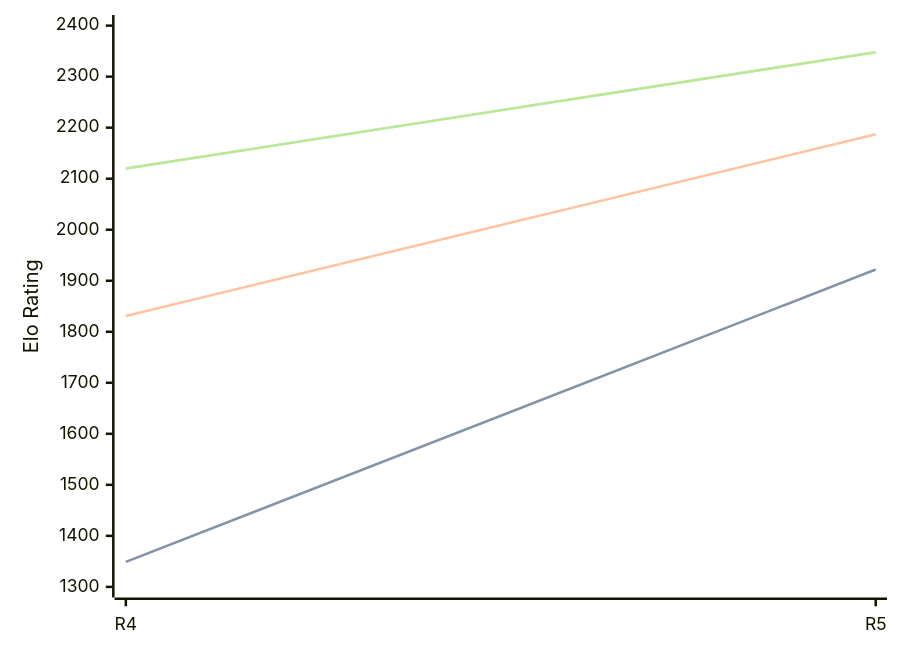
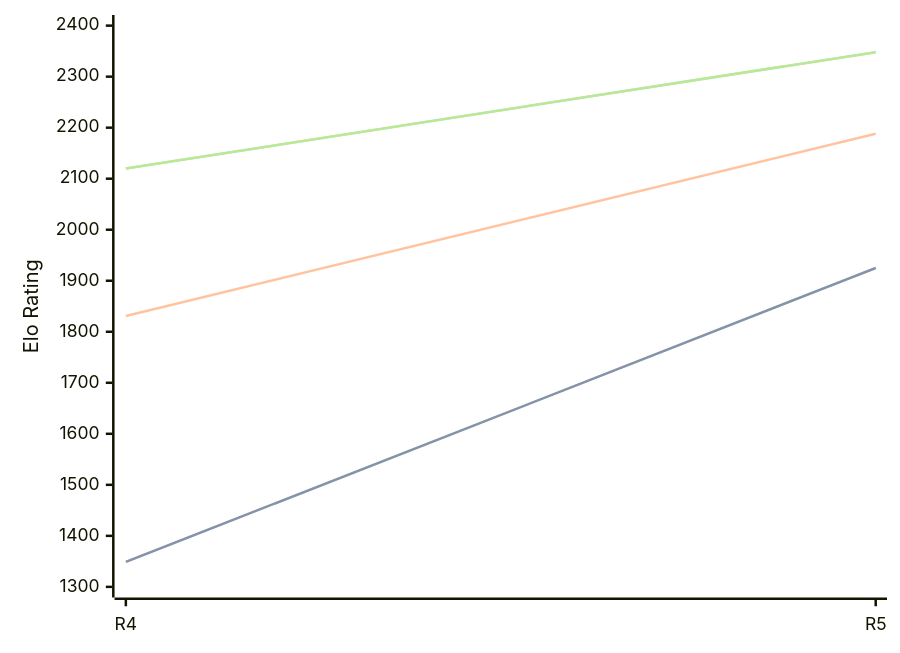
Before and after one commit to computer-chess-index/cci: the diagram in engines/Viking.md, drawn with Mermaid. The commit also changed other lines of this file, not shown here.

````diff
--- a/engines/Viking.md
+++ b/engines/Viking.md
@@ -35,11 +35,11 @@
 ```mermaid
 %%{init: {"theme":"base","themeVariables":{"seriesColors:['#a3a3a3','#222221','#faa371']}}}%%
 xychart-beta
   x-axis ["R4", "R5"]
   y-axis "Elo Rating" 1300 --> 2400
-  line "" [1349, 1922]
-  line "STC (8.0+0.08s)" [1349, 1922]
-  line "LTC (60.0+0.60s)" [1831, 2187]
+  line "" [1349, 1925]
+  line "STC (8.0+0.08s)" [1349, 1925]
+  line "LTC (60.0+0.60s)" [1831, 2188]
   line "" [2120, 2348]
   line "VLTC (2m24s+1.12s)" [2120, 2348]
 ```
````
